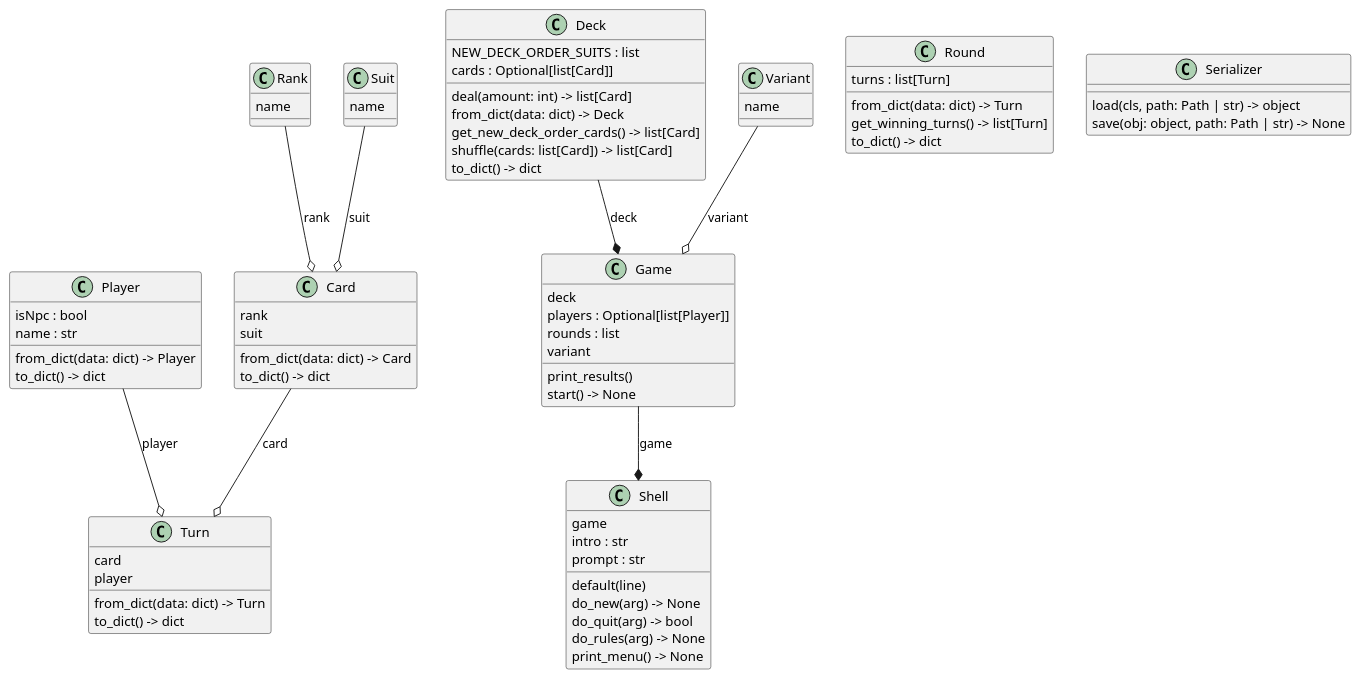
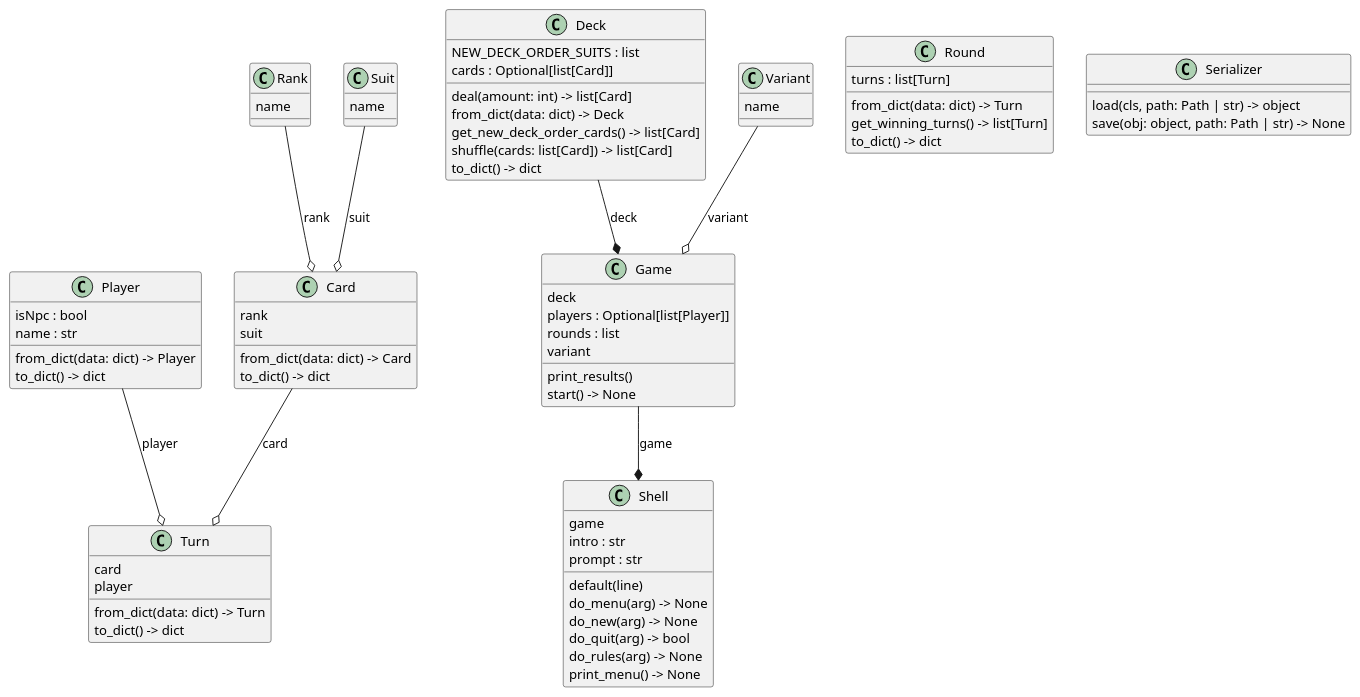
One commit to b3h3m0th/war changed the diagram in docs/uml/plantuml/classes_war.plantuml. Above: the diagram before and after it, drawn with PlantUML. The commit also changed 4 other files, not shown here.

```diff
--- a/docs/uml/plantuml/classes_war.plantuml
+++ b/docs/uml/plantuml/classes_war.plantuml
@@ -1,74 +1,75 @@
 @startuml classes_war
 set namespaceSeparator none
 class "Card" as models.card.Card {
   rank
   suit
   from_dict(data: dict) -> Card
   to_dict() -> dict
 }
 class "Deck" as models.deck.Deck {
   NEW_DECK_ORDER_SUITS : list
   cards : Optional[list[Card]]
   deal(amount: int) -> list[Card]
   from_dict(data: dict) -> Deck
   get_new_deck_order_cards() -> list[Card]
   shuffle(cards: list[Card]) -> list[Card]
   to_dict() -> dict
 }
 class "Game" as models.game.Game {
   deck
   players : Optional[list[Player]]
   rounds : list
   variant
   print_results()
   start() -> None
 }
 class "Player" as models.player.Player {
   isNpc : bool
   name : str
   from_dict(data: dict) -> Player
   to_dict() -> dict
 }
 class "Rank" as enums.rank.Rank {
   name
 }
 class "Round" as models.round.Round {
   turns : list[Turn]
   from_dict(data: dict) -> Turn
   get_winning_turns() -> list[Turn]
   to_dict() -> dict
 }
 class "Serializer" as utils.serializer.Serializer {
   load(cls, path: Path | str) -> object
   save(obj: object, path: Path | str) -> None
 }
 class "Shell" as models.shell.Shell {
   game
   intro : str
   prompt : str
   default(line)
+  do_menu(arg) -> None
   do_new(arg) -> None
   do_quit(arg) -> bool
   do_rules(arg) -> None
   print_menu() -> None
 }
 class "Suit" as enums.suit.Suit {
   name
 }
 class "Turn" as models.turn.Turn {
   card
   player
   from_dict(data: dict) -> Turn
   to_dict() -> dict
 }
 class "Variant" as enums.variant.Variant {
   name
 }
 models.deck.Deck --* models.game.Game : deck
 models.game.Game --* models.shell.Shell : game
 enums.rank.Rank --o models.card.Card : rank
 enums.suit.Suit --o models.card.Card : suit
 enums.variant.Variant --o models.game.Game : variant
 models.card.Card --o models.turn.Turn : card
 models.player.Player --o models.turn.Turn : player
 @enduml
```
